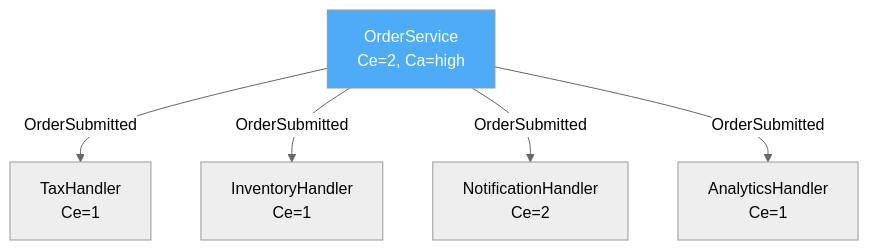
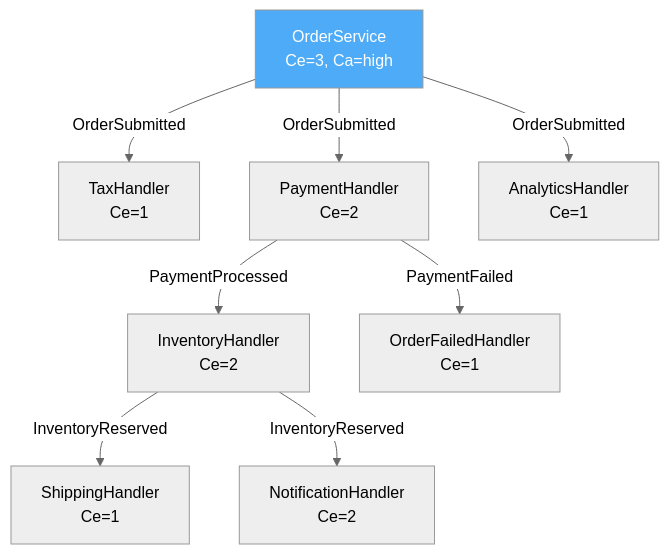
The third of 8 diagrams in coupling-in-practice.md (anaerobic/coupling), drawn with Mermaid (neutral theme) before and after one commit. The commit also changed other lines of this file and 8 other files, not shown here.

````diff
--- a/coupling-in-practice.md
+++ b/coupling-in-practice.md
@@ -516,11 +568,14 @@
 ```mermaid
 flowchart TD
-    OS[OrderService<br/>Ce=2, Ca=high]
+    OS[OrderService<br/>Ce=3, Ca=high]
 
     OS -->|"OrderSubmitted"| TH[TaxHandler<br/>Ce=1]
-    OS -->|"OrderSubmitted"| IH[InventoryHandler<br/>Ce=1]
-    OS -->|"OrderSubmitted"| NH[NotificationHandler<br/>Ce=2]
+    OS -->|"OrderSubmitted"| PH[PaymentHandler<br/>Ce=2]
     OS -->|"OrderSubmitted"| AH[AnalyticsHandler<br/>Ce=1]
+    PH -->|"PaymentProcessed"| IH[InventoryHandler<br/>Ce=2]
+    PH -->|"PaymentFailed"| OFH[OrderFailedHandler<br/>Ce=1]
+    IH -->|"InventoryReserved"| SH[ShippingHandler<br/>Ce=1]
+    IH -->|"InventoryReserved"| NH[NotificationHandler<br/>Ce=2]
 
     style OS fill:#4dabf7,color:#fff
 ```
````
